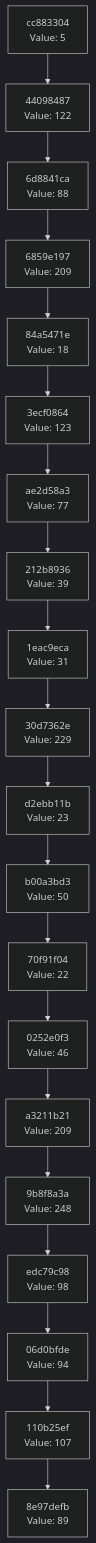
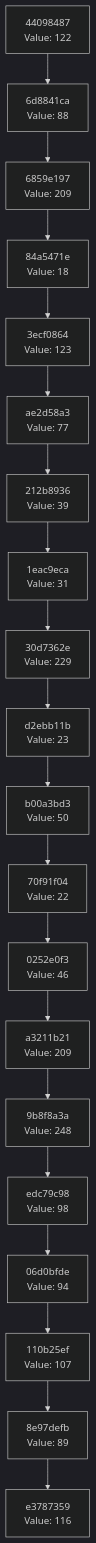
The diagram in docs/CHAIN_VISUALIZATION.md (Abhisheksinha1506/hash-chain-evolver), drawn with Mermaid (dark theme) before and after one commit. The commit also changed 3 other files, not shown here.

````diff
--- a/docs/CHAIN_VISUALIZATION.md
+++ b/docs/CHAIN_VISUALIZATION.md
@@ -3,42 +3,42 @@
 ```mermaid
 graph TD
-    C0["8e97defb<br/>Value: 89"]
-    C1["110b25ef<br/>Value: 107"]
+    C0["e3787359<br/>Value: 116"]
+    C1["8e97defb<br/>Value: 89"]
     C1 --> C0
-    C2["06d0bfde<br/>Value: 94"]
+    C2["110b25ef<br/>Value: 107"]
     C2 --> C1
-    C3["edc79c98<br/>Value: 98"]
+    C3["06d0bfde<br/>Value: 94"]
     C3 --> C2
-    C4["9b8f8a3a<br/>Value: 248"]
+    C4["edc79c98<br/>Value: 98"]
     C4 --> C3
-    C5["a3211b21<br/>Value: 209"]
+    C5["9b8f8a3a<br/>Value: 248"]
     C5 --> C4
-    C6["0252e0f3<br/>Value: 46"]
+    C6["a3211b21<br/>Value: 209"]
     C6 --> C5
-    C7["70f91f04<br/>Value: 22"]
+    C7["0252e0f3<br/>Value: 46"]
     C7 --> C6
-    C8["b00a3bd3<br/>Value: 50"]
+    C8["70f91f04<br/>Value: 22"]
     C8 --> C7
-    C9["d2ebb11b<br/>Value: 23"]
+    C9["b00a3bd3<br/>Value: 50"]
     C9 --> C8
-    C10["30d7362e<br/>Value: 229"]
+    C10["d2ebb11b<br/>Value: 23"]
     C10 --> C9
-    C11["1eac9eca<br/>Value: 31"]
+    C11["30d7362e<br/>Value: 229"]
     C11 --> C10
-    C12["212b8936<br/>Value: 39"]
+    C12["1eac9eca<br/>Value: 31"]
     C12 --> C11
-    C13["ae2d58a3<br/>Value: 77"]
+    C13["212b8936<br/>Value: 39"]
     C13 --> C12
-    C14["3ecf0864<br/>Value: 123"]
+    C14["ae2d58a3<br/>Value: 77"]
     C14 --> C13
-    C15["84a5471e<br/>Value: 18"]
+    C15["3ecf0864<br/>Value: 123"]
     C15 --> C14
-    C16["6859e197<br/>Value: 209"]
+    C16["84a5471e<br/>Value: 18"]
     C16 --> C15
-    C17["6d8841ca<br/>Value: 88"]
+    C17["6859e197<br/>Value: 209"]
     C17 --> C16
-    C18["44098487<br/>Value: 122"]
+    C18["6d8841ca<br/>Value: 88"]
     C18 --> C17
-    C19["cc883304<br/>Value: 5"]
+    C19["44098487<br/>Value: 122"]
     C19 --> C18
 ```
````
